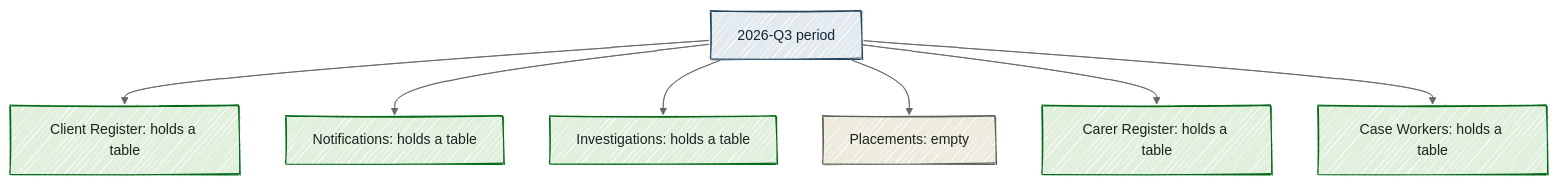
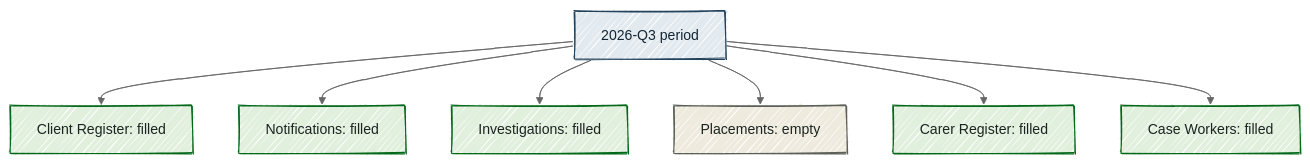
Before and after one commit to keithamoss/data-poc: the diagram in docs/explainers/2-calendar/periods-and-slots.md, drawn with Mermaid. The commit also changed other lines of this file and 2 other files, not shown here.

First line of the commit message:
Periods and slots: revision 1; glossary 'dataset' no longer claims its own contract

````diff
--- a/docs/explainers/2-calendar/periods-and-slots.md
+++ b/docs/explainers/2-calendar/periods-and-slots.md
@@ -79,24 +83,24 @@
 ```mermaid
 ---
 config:
   look: handDrawn
   handDrawnSeed: 42
   theme: neutral
 ---
 flowchart TD
-  accTitle: One empty slot names one missing table, and the 5 slots that hold a table are untouched by it.
-  accDescr: One empty slot names one missing table, and the 5 slots that hold a table are untouched by it.
+  accTitle: One empty slot names one missing table, and it does not make the 5 filled slots late or empty.
+  accDescr: One empty slot names one missing table, and it does not make the 5 filled slots late or empty.
   P["2026-Q3 period"]
-  P --> S1["Client Register: holds a table"]
-  P --> S2["Notifications: holds a table"]
-  P --> S3["Investigations: holds a table"]
+  P --> S1["Client Register: filled"]
+  P --> S2["Notifications: filled"]
+  P --> S3["Investigations: filled"]
   P --> S4["Placements: empty"]
-  P --> S5["Carer Register: holds a table"]
-  P --> S6["Case Workers: holds a table"]
+  P --> S5["Carer Register: filled"]
+  P --> S6["Case Workers: filled"]
   classDef period fill:#E3EAEF,stroke:#23425C,color:#132635
-  classDef holds fill:#E1EFDD,stroke:#036819,color:#1B2420
+  classDef filled fill:#E1EFDD,stroke:#036819,color:#1B2420
   classDef empty fill:#EEEADD,stroke:#5B6058,color:#1B2420
   class P period
-  class S1,S2,S3,S5,S6 holds
+  class S1,S2,S3,S5,S6 filled
   class S4 empty
 ```
````
